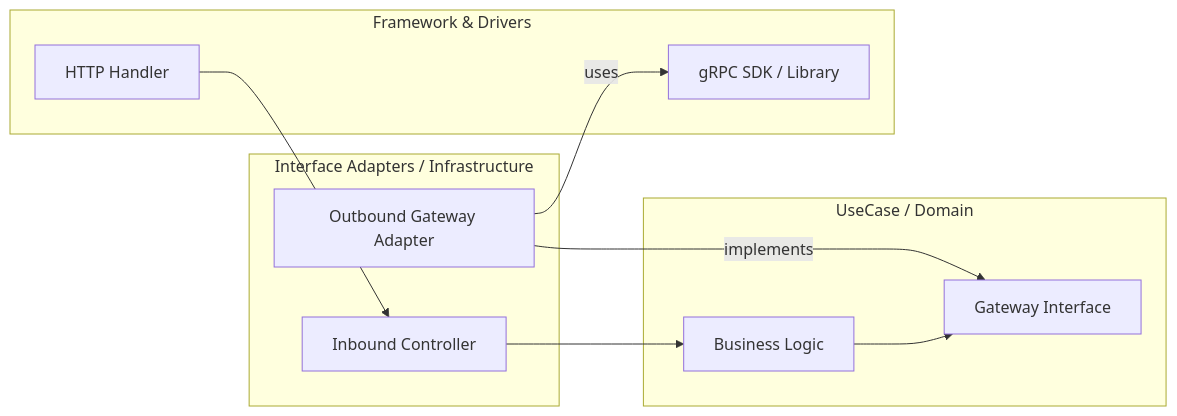
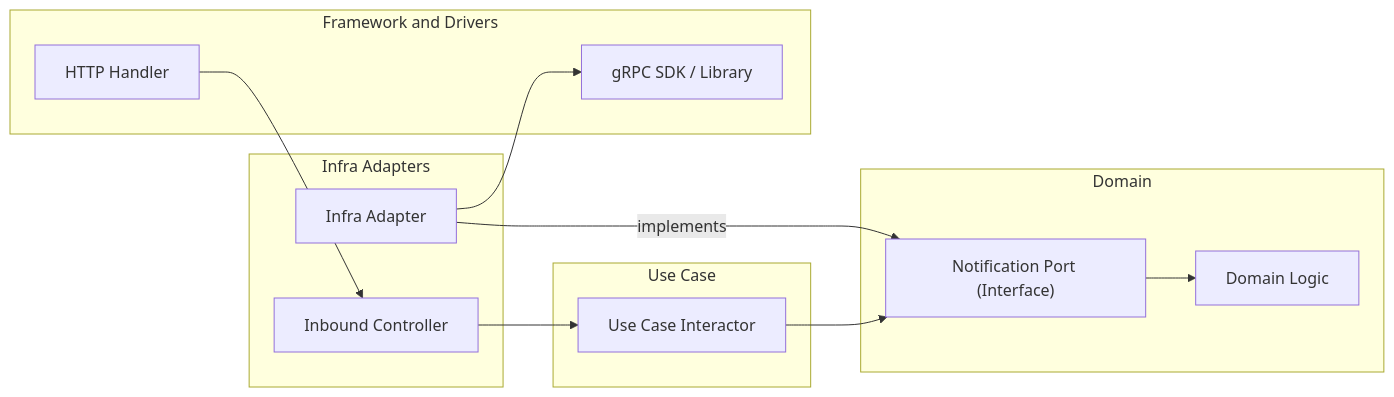
Before and after one commit to sokoide/workshop: the sixth of 6 diagrams in infra/http_persistent_en.md, drawn with Mermaid. The commit also changed other lines of this file and 1 other file, not shown here.

Commit message:
update: mermaid charts in http

````diff
--- a/infra/http_persistent_en.md
+++ b/infra/http_persistent_en.md
@@ -541,23 +542,28 @@
 ```mermaid
 graph LR
-    subgraph UseCase / Domain
-        UC[Business Logic]
-        Gate_IF[Gateway Interface]
+    subgraph Domain
+        DomainLogic[Domain Logic]
+        DomainPort["Notification Port (Interface)"]
     end
 
-    subgraph Interface Adapters / Infrastructure
-        In_Ctrl[Inbound Controller]
-        Out_Gate[Outbound Gateway Adapter]
+    subgraph Use Case
+        UC[Use Case Interactor]
     end
 
-    subgraph Framework & Drivers
-        GRPC_SDK[gRPC SDK / Library]
-        HTTP_Hdl[HTTP Handler]
+    subgraph Infra Adapters
+        InboundCtrl[Inbound Controller]
+        InfraImpl[Infra Adapter]
     end
 
-    HTTP_Hdl --> In_Ctrl
-    In_Ctrl --> UC
-    UC --> Gate_IF
-    Out_Gate -- implements --> Gate_IF
-    Out_Gate -- uses --> GRPC_SDK
+    subgraph Framework and Drivers
+        HTTP_Hdl[HTTP Handler]
+        GRPC_SDK[gRPC SDK / Library]
+    end
+
+    HTTP_Hdl --> InboundCtrl
+    InboundCtrl --> UC
+    UC --> DomainPort
+    InfraImpl -- implements --> DomainPort
+    DomainPort --> DomainLogic
+    InfraImpl --> GRPC_SDK
 ```
````
